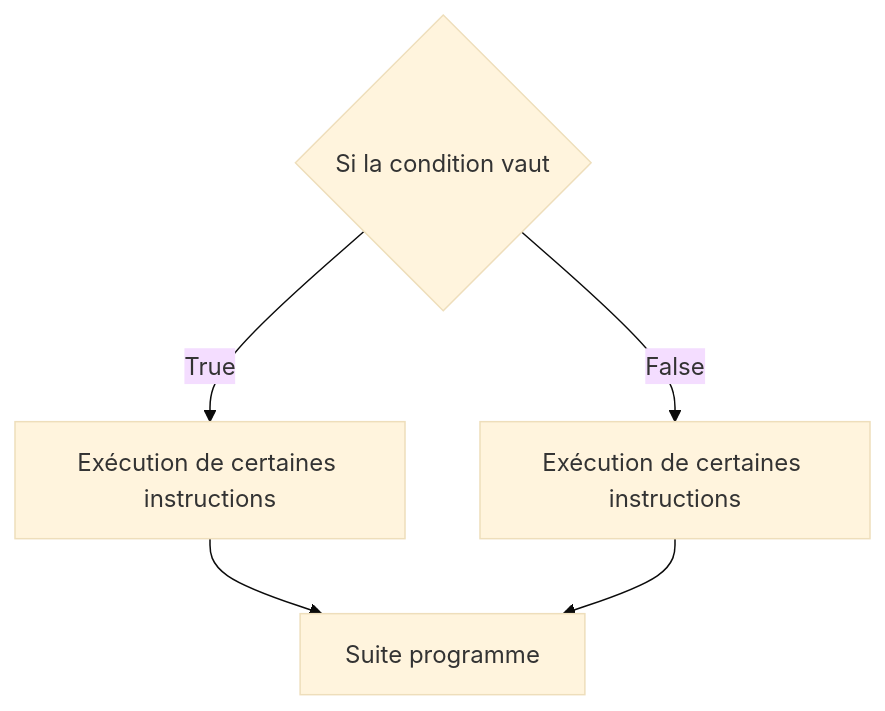
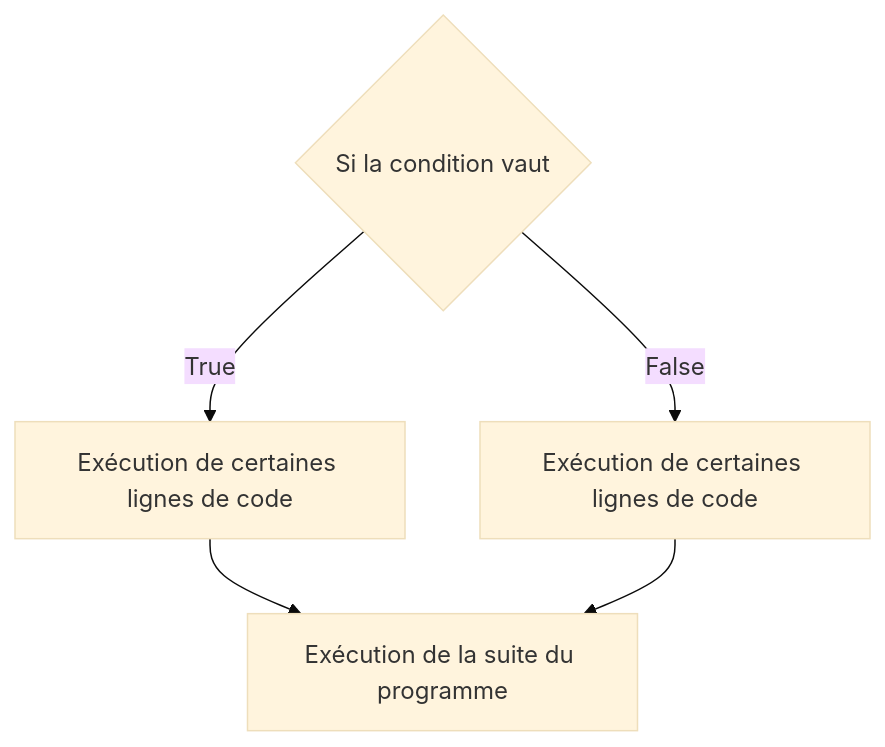
Before and after one commit to boddaert/nsi: the sixth of 10 diagrams in première/Langages_et_programmation/Constructions_élémentaires/Instructions_conditionnelles.md, drawn with Mermaid (base theme). The commit also changed other lines of this file and 3 other files, not shown here.

````diff
--- a/première/Langages_et_programmation/Constructions_élémentaires/Instructions_conditionnelles.md
+++ b/première/Langages_et_programmation/Constructions_élémentaires/Instructions_conditionnelles.md
@@ -127,8 +127,8 @@
 ```mermaid
   graph TB;
       A{Si la condition vaut};
-      A--True-->B[Exécution de certaines instructions];
-      A--False-->C[Exécution de certaines instructions];   
-      B-->D[Suite programme];
-      C-->D[Suite programme]; 
+      A--True-->B[Exécution de certaines lignes de code];
+      A--False-->C[Exécution de certaines lignes de code];   
+      B-->D[Exécution de la suite du programme];
+      C-->D[Exécution de la suite du programme]; 
 ```
````
